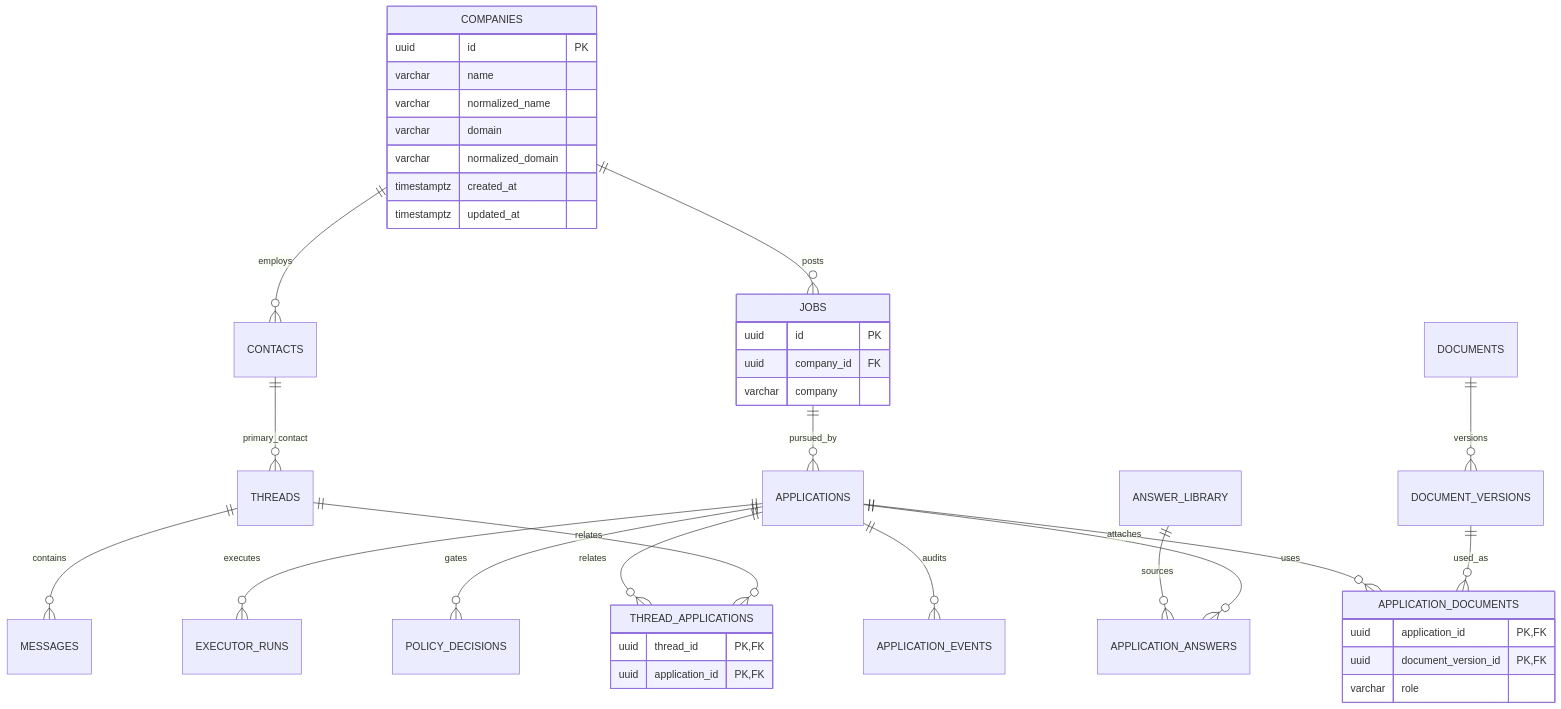
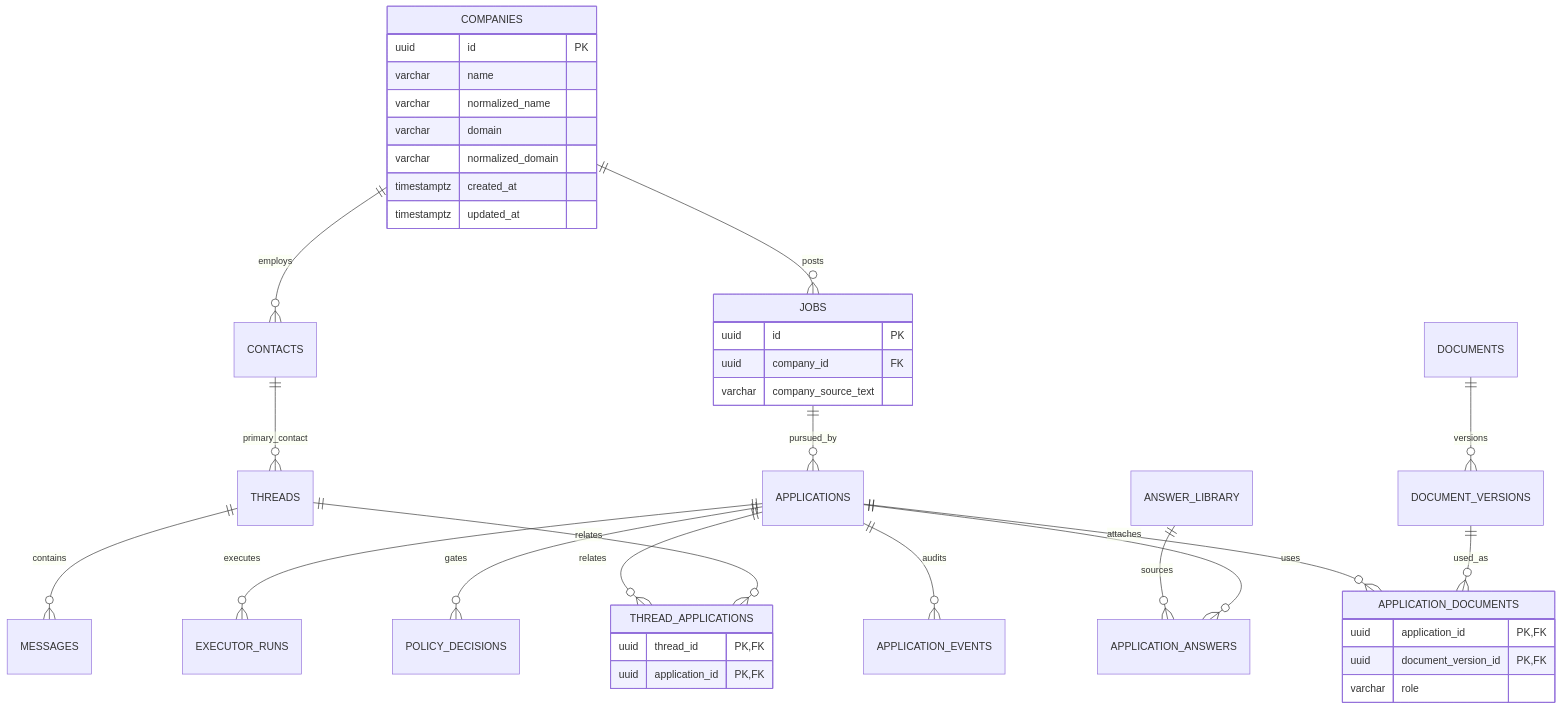
Before and after one commit to NicolayBang/ApplyGo: the second of 2 diagrams in docs/diagrams/database-schema.md, drawn with Mermaid. The commit also changed other lines of this file and 4 other files, not shown here.

````diff
--- a/docs/diagrams/database-schema.md
+++ b/docs/diagrams/database-schema.md
@@ -87,46 +88,46 @@
 ```mermaid
 erDiagram
     COMPANIES ||--o{ JOBS : posts
     COMPANIES ||--o{ CONTACTS : employs
     JOBS ||--o{ APPLICATIONS : pursued_by
 
     DOCUMENTS ||--o{ DOCUMENT_VERSIONS : versions
     APPLICATIONS ||--o{ APPLICATION_DOCUMENTS : attaches
     DOCUMENT_VERSIONS ||--o{ APPLICATION_DOCUMENTS : used_as
 
     CONTACTS ||--o{ THREADS : primary_contact
     THREADS ||--o{ MESSAGES : contains
     APPLICATIONS ||--o{ THREAD_APPLICATIONS : relates
     THREADS ||--o{ THREAD_APPLICATIONS : relates
 
     ANSWER_LIBRARY ||--o{ APPLICATION_ANSWERS : sources
     APPLICATIONS ||--o{ APPLICATION_ANSWERS : uses
 
     APPLICATIONS ||--o{ APPLICATION_EVENTS : audits
     APPLICATIONS ||--o{ POLICY_DECISIONS : gates
     APPLICATIONS ||--o{ EXECUTOR_RUNS : executes
 
     COMPANIES {
         uuid id PK
         varchar name
         varchar normalized_name
         varchar domain
         varchar normalized_domain
         timestamptz created_at
         timestamptz updated_at
     }
     JOBS {
         uuid id PK
         uuid company_id FK
-        varchar company
+        varchar company_source_text
     }
     APPLICATION_DOCUMENTS {
         uuid application_id PK,FK
         uuid document_version_id PK,FK
         varchar role
     }
     THREAD_APPLICATIONS {
         uuid thread_id PK,FK
         uuid application_id PK,FK
     }
 ```
````
